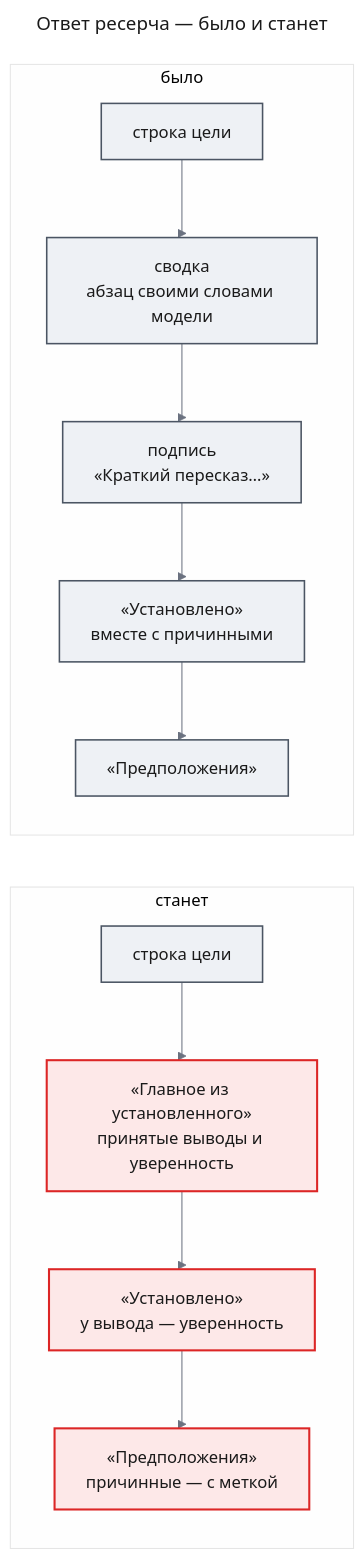
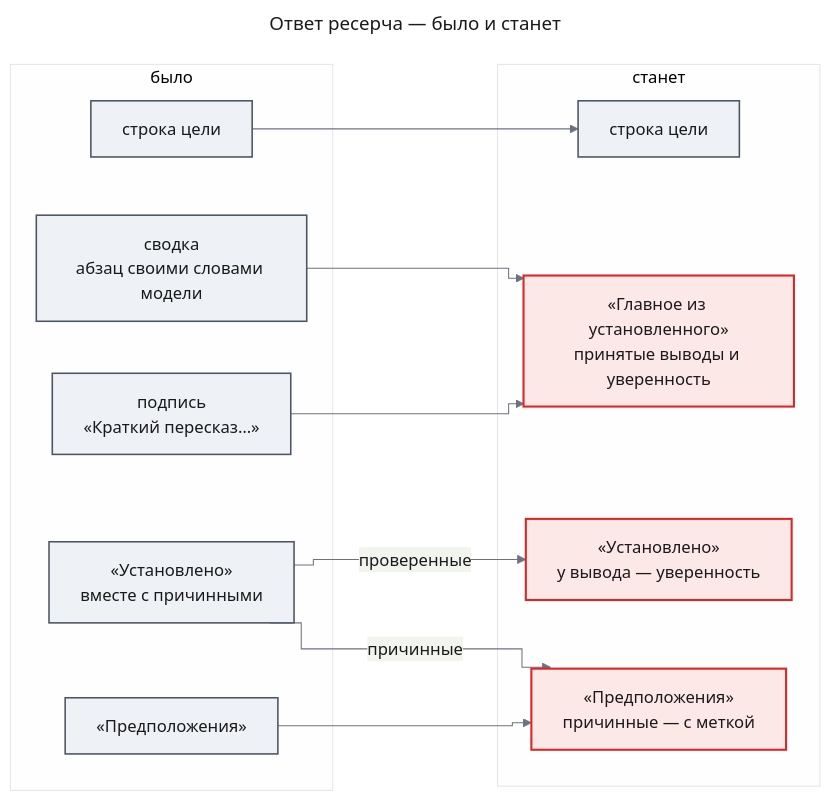
One commit to tundraray/agent-os changed the second of 7 diagrams in docs/features/agent-quality/uxrd.md. Above: the diagram before and after it, drawn with Mermaid. The commit also changed other lines of this file and 2 other files, not shown here.

````diff
--- a/docs/features/agent-quality/uxrd.md
+++ b/docs/features/agent-quality/uxrd.md
@@ -98,37 +98,39 @@
 ```mermaid
 ---
 title: "Ответ ресерча — было и станет"
 config:
   theme: base
   look: classic
   themeVariables:
     primaryColor: "#eef1f5"
     primaryBorderColor: "#4b5563"
     primaryTextColor: "#1a1a1a"
     lineColor: "#6b7280"
   flowchart:
     curve: step
 ---
 flowchart LR
-    subgraph after["станет"]
-        direction TB
-        a1["строка цели"]
-        a2["«Главное из установленного»<br/>принятые выводы и уверенность"]
-        a3["«Установлено»<br/>у вывода — уверенность"]
-        a4["«Предположения»<br/>причинные — с меткой"]
-        a1 --> a2 --> a3 --> a4
-    end
     subgraph before["было"]
-        direction TB
         b1["строка цели"]
         b2["сводка<br/>абзац своими словами модели"]
         b3["подпись<br/>«Краткий пересказ…»"]
         b4["«Установлено»<br/>вместе с причинными"]
         b5["«Предположения»"]
-        b1 --> b2 --> b3 --> b4 --> b5
     end
+    subgraph after["станет"]
+        a1["строка цели"]
+        a2["«Главное из установленного»<br/>принятые выводы и уверенность"]
+        a3["«Установлено»<br/>у вывода — уверенность"]
+        a4["«Предположения»<br/>причинные — с меткой"]
+    end
+    b1 --> a1
+    b2 --> a2
+    b3 --> a2
+    b4 -->|"проверенные"| a3
+    b4 -->|"причинные"| a4
+    b5 --> a4
     classDef changed fill:#fde8e8,stroke:#dc2626,stroke-width:2px,color:#1a1a1a
     classDef unchanged fill:#eef1f5,stroke:#4b5563,stroke-width:1.5px,color:#1a1a1a
     class b1,b2,b3,b4,b5,a1 unchanged
     class a2,a3,a4 changed
 ```
````
